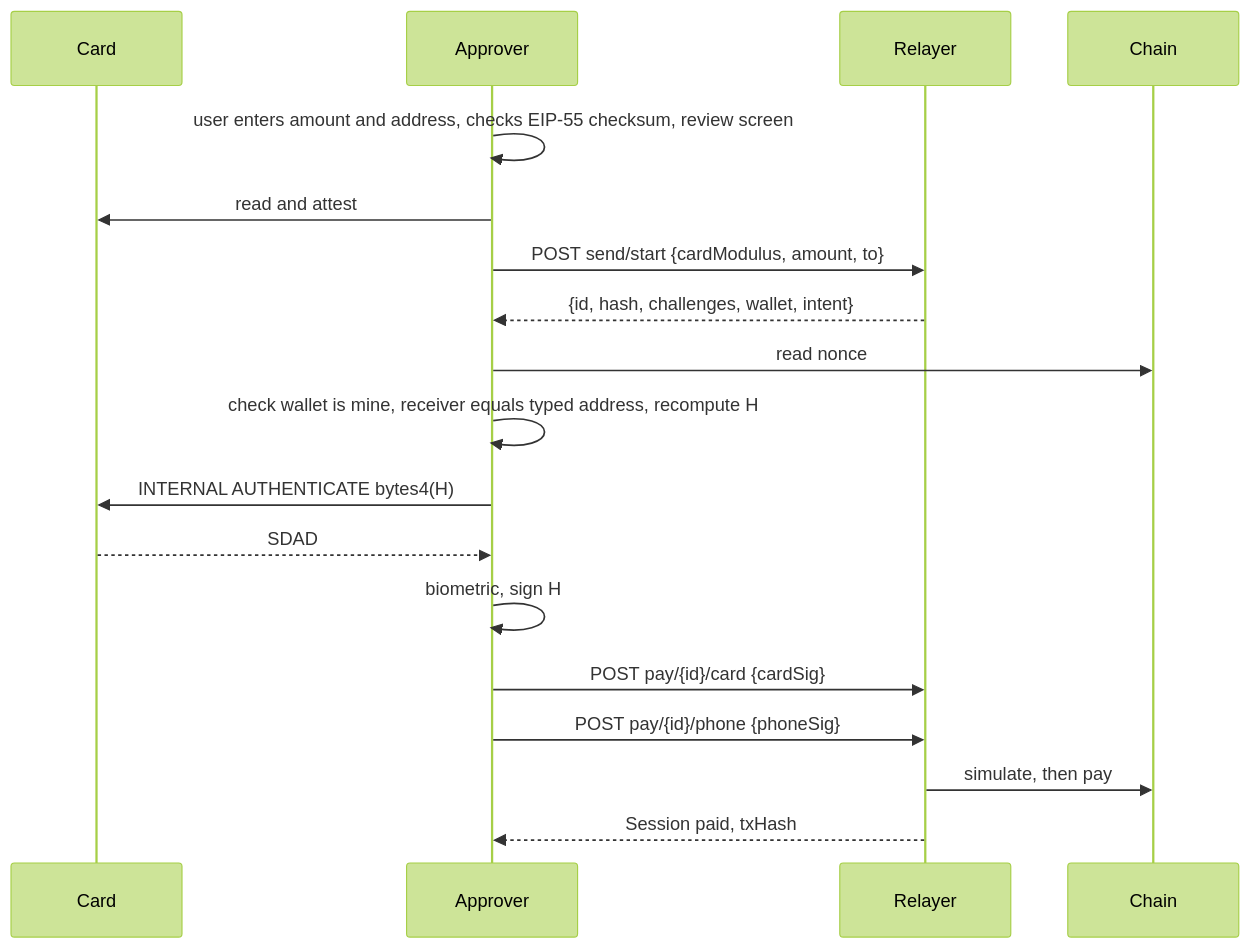
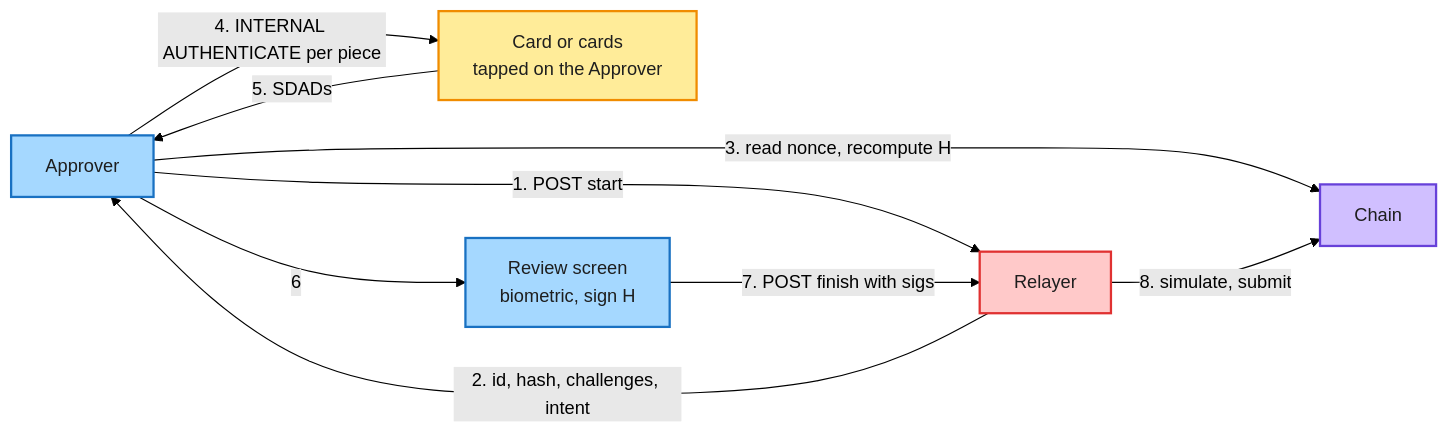
Before and after one commit to team-somehow/tap2eth: the tenth of 11 diagrams in docs/PROTOCOL.md, drawn with Mermaid (forest theme). The commit also changed other lines of this file and 1 other file, not shown here.

First line of the commit message:
docs: shorten the white paper and spec, add reader-card diagrams

````diff
--- a/docs/PROTOCOL.md
+++ b/docs/PROTOCOL.md
@@ -1329,20 +1106,20 @@
 ```mermaid
-sequenceDiagram
-    participant Card
-    participant A as Approver
-    participant L as Relayer
-    participant W as Chain
-    A->>A: user enters amount and address, checks EIP-55 checksum, review screen
-    A->>Card: read and attest
-    A->>L: POST send/start {cardModulus, amount, to}
-    L-->>A: {id, hash, challenges, wallet, intent}
-    A->>W: read nonce
-    A->>A: check wallet is mine, receiver equals typed address, recompute H
-    A->>Card: INTERNAL AUTHENTICATE bytes4(H)
-    Card-->>A: SDAD
-    A->>A: biometric, sign H
-    A->>L: POST pay/{id}/card {cardSig}
-    A->>L: POST pay/{id}/phone {phoneSig}
-    L->>W: simulate, then pay
-    L-->>A: Session paid, txHash
+flowchart LR
+  classDef card fill:#ffec99,stroke:#f08c00,stroke-width:2px,color:#1e1e1e
+  classDef phone fill:#a5d8ff,stroke:#1971c2,stroke-width:2px,color:#1e1e1e
+  classDef chain fill:#d0bfff,stroke:#6741d9,stroke-width:2px,color:#1e1e1e
+  classDef relayer fill:#ffc9c9,stroke:#e03131,stroke-width:2px,color:#1e1e1e
+  A["Approver"]:::phone
+  L["Relayer"]:::relayer
+  W["Chain"]:::chain
+  C["Card or cards<br/>tapped on the Approver"]:::card
+  B["Review screen<br/>biometric, sign H"]:::phone
+  A -->|"1. POST start"| L
+  L -->|"2. id, hash, challenges, intent"| A
+  A -->|"3. read nonce, recompute H"| W
+  A -->|"4. INTERNAL AUTHENTICATE per piece"| C
+  C -->|"5. SDADs"| A
+  A -->|"6"| B
+  B -->|"7. POST finish with sigs"| L
+  L -->|"8. simulate, submit"| W
 ```
````
